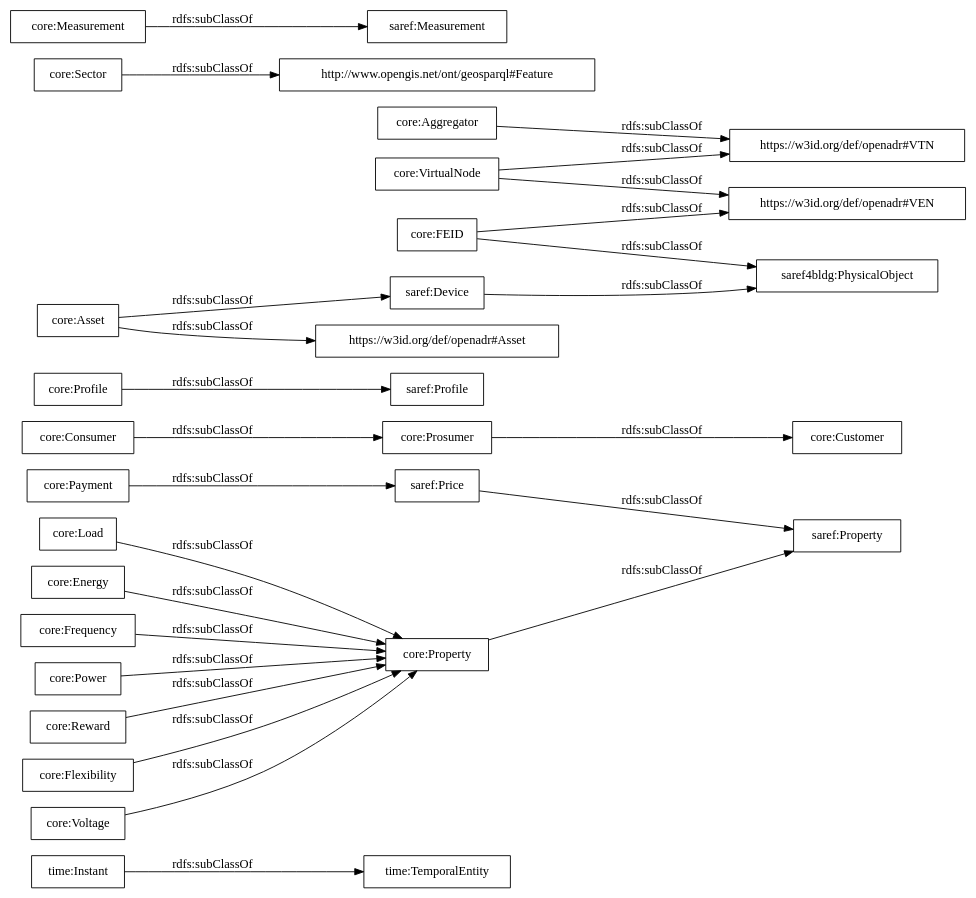
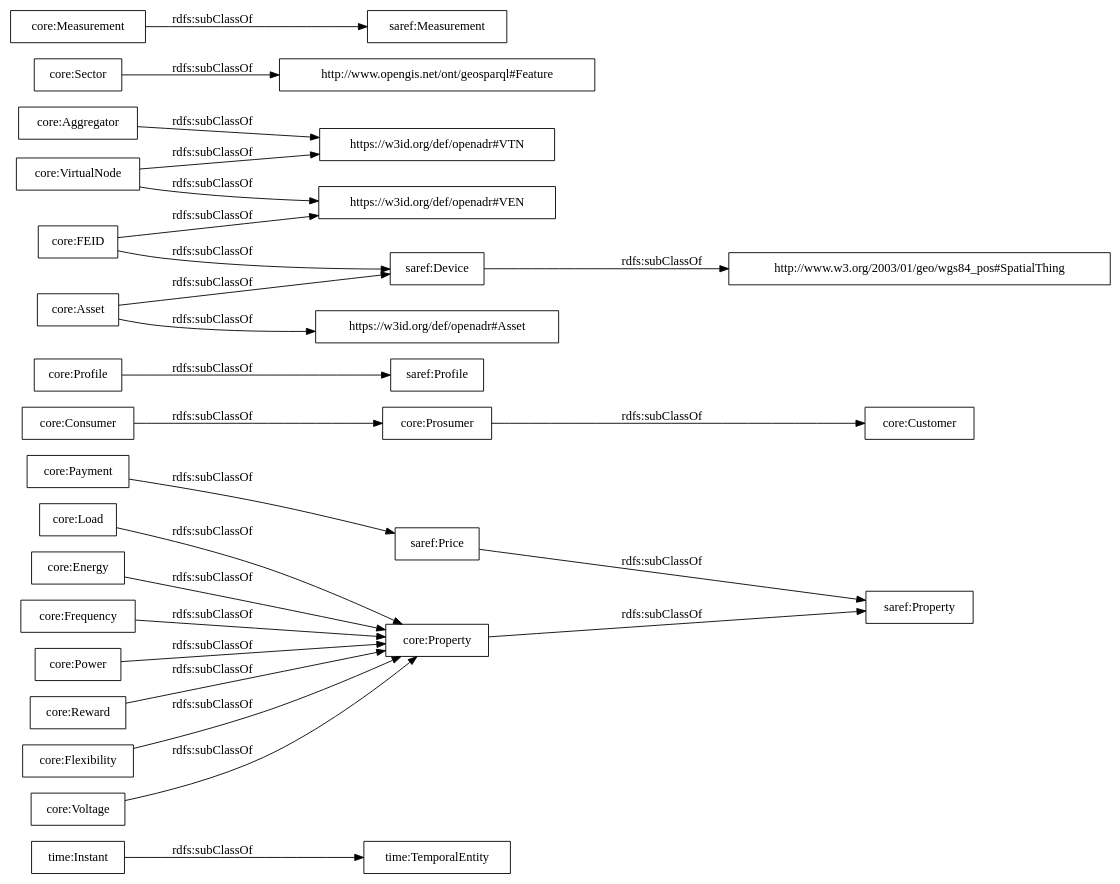
One commit to oeg-upm/delta-ontology changed the diagram in OnToology/ontology/delta.ttl/diagrams/ar2dtool-taxonomy/delta.ttl.png.dot. Above: the diagram before and after it, drawn with Graphviz. The commit also changed 12 other files, not shown here.

```diff
--- a/OnToology/ontology/delta.ttl/diagrams/ar2dtool-taxonomy/delta.ttl.png.dot
+++ b/OnToology/ontology/delta.ttl/diagrams/ar2dtool-taxonomy/delta.ttl.png.dot
@@ -1,30 +1,30 @@
 digraph ar2dtool_diagram { 
 rankdir=LR;
 size="1000"
-node [shape = rectangle, color="black"]; "time:Instant" "core:Load" "core:Frequency" "core:Customer" "core:Power" "saref:Profile" "core:VirtualNode" "core:Sector" "saref:Device" "saref4bldg:PhysicalObject" "core:Consumer" "core:Aggregator" "core:Measurement" "core:Prosumer" "saref:Measurement" "core:Reward" "time:TemporalEntity" "saref:Price" "core:Asset" "core:Flexibility" "http://www.opengis.net/ont/geosparql#Feature" "core:Voltage" "saref:Property" "core:Profile" "core:Property" "core:FEID" "core:Energy" "core:Payment" ; /*classes style*/
+node [shape = rectangle, color="black"]; "time:Instant" "core:Load" "core:Frequency" "core:Customer" "core:Power" "saref:Profile" "core:VirtualNode" "core:Sector" "saref:Device" "core:Consumer" "core:Aggregator" "core:Measurement" "http://www.w3.org/2003/01/geo/wgs84_pos#SpatialThing" "core:Prosumer" "saref:Measurement" "core:Reward" "time:TemporalEntity" "saref:Price" "core:Asset" "core:Flexibility" "http://www.opengis.net/ont/geosparql#Feature" "core:Voltage" "saref:Property" "core:Profile" "core:Property" "core:FEID" "core:Energy" "core:Payment" ; /*classes style*/
 	"core:Flexibility" -> "core:Property" [ label = "rdfs:subClassOf" ];
 	"saref:Price" -> "saref:Property" [ label = "rdfs:subClassOf" ];
 	"core:Payment" -> "saref:Price" [ label = "rdfs:subClassOf" ];
 	"core:Measurement" -> "saref:Measurement" [ label = "rdfs:subClassOf" ];
 	"core:VirtualNode" -> "https://w3id.org/def/openadr#VTN" [ label = "rdfs:subClassOf" ];
 	"core:VirtualNode" -> "https://w3id.org/def/openadr#VEN" [ label = "rdfs:subClassOf" ];
 	"core:Voltage" -> "core:Property" [ label = "rdfs:subClassOf" ];
 	"core:Sector" -> "http://www.opengis.net/ont/geosparql#Feature" [ label = "rdfs:subClassOf" ];
 	"core:Aggregator" -> "https://w3id.org/def/openadr#VTN" [ label = "rdfs:subClassOf" ];
-	"core:FEID" -> "saref4bldg:PhysicalObject" [ label = "rdfs:subClassOf" ];
+	"core:FEID" -> "saref:Device" [ label = "rdfs:subClassOf" ];
 	"core:FEID" -> "https://w3id.org/def/openadr#VEN" [ label = "rdfs:subClassOf" ];
 	"core:Energy" -> "core:Property" [ label = "rdfs:subClassOf" ];
 	"core:Power" -> "core:Property" [ label = "rdfs:subClassOf" ];
 	"core:Asset" -> "saref:Device" [ label = "rdfs:subClassOf" ];
 	"core:Asset" -> "https://w3id.org/def/openadr#Asset" [ label = "rdfs:subClassOf" ];
 	"core:Frequency" -> "core:Property" [ label = "rdfs:subClassOf" ];
 	"core:Prosumer" -> "core:Customer" [ label = "rdfs:subClassOf" ];
 	"core:Property" -> "saref:Property" [ label = "rdfs:subClassOf" ];
 	"time:Instant" -> "time:TemporalEntity" [ label = "rdfs:subClassOf" ];
 	"core:Profile" -> "saref:Profile" [ label = "rdfs:subClassOf" ];
 	"core:Consumer" -> "core:Prosumer" [ label = "rdfs:subClassOf" ];
 	"core:Reward" -> "core:Property" [ label = "rdfs:subClassOf" ];
 	"core:Load" -> "core:Property" [ label = "rdfs:subClassOf" ];
-	"saref:Device" -> "saref4bldg:PhysicalObject" [ label = "rdfs:subClassOf" ];
+	"saref:Device" -> "http://www.w3.org/2003/01/geo/wgs84_pos#SpatialThing" [ label = "rdfs:subClassOf" ];
 
 }
```
